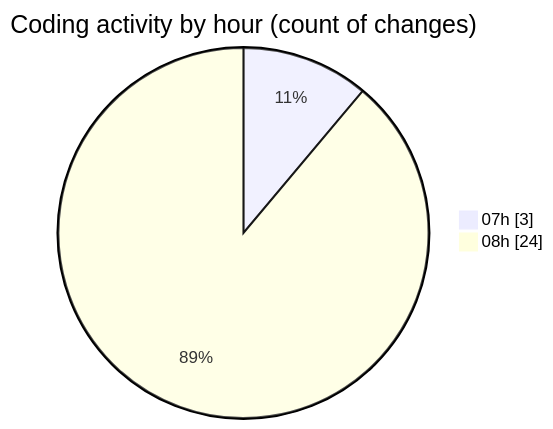
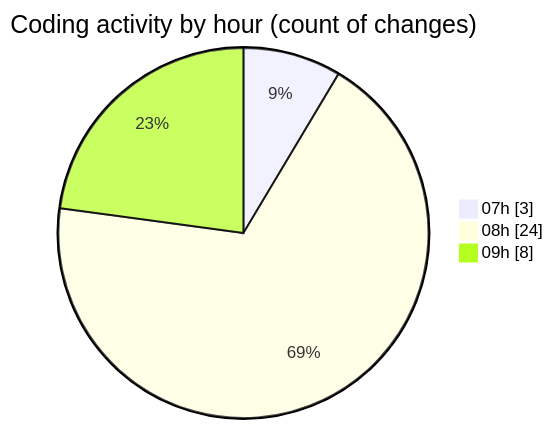
The second of 2 diagrams in 2025-05-07/myws__workspace_/README.md (MatusMokan/code-tracking), drawn with Mermaid before and after one commit. The commit also changed other lines of this file and 1 other file, not shown here.

````diff
--- a/2025-05-07/myws__workspace_/README.md
+++ b/2025-05-07/myws__workspace_/README.md
@@ -28,6 +28,7 @@
 ```mermaid
 pie showData
 title Coding activity by hour (count of changes)
 "07h" : 3
 "08h" : 24
+"09h" : 8
 ```
````
